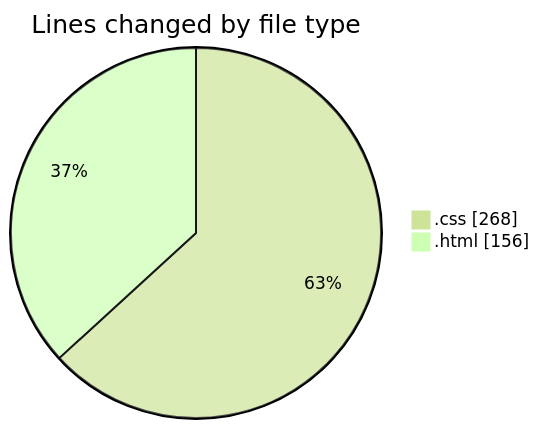
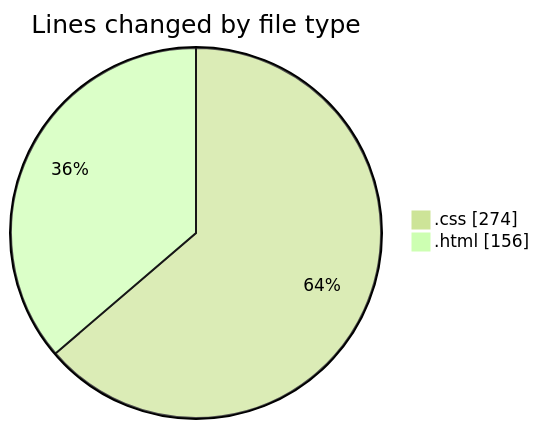
Before and after one commit to NitaiMahat/code-tracking: the first of 2 diagrams in 2025-02-07/recipe-page-main/README.md, drawn with Mermaid (forest theme). The commit also changed other lines of this file and 1 other file, not shown here.

````diff
--- a/2025-02-07/recipe-page-main/README.md
+++ b/2025-02-07/recipe-page-main/README.md
@@ -21,6 +21,6 @@
 ```mermaid
 pie showData
 title Lines changed by file type
-".css" : 268
+".css" : 274
 ".html" : 156
 ```
````
